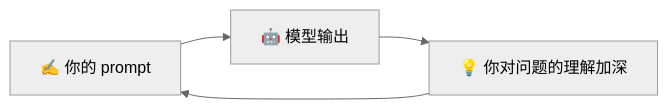
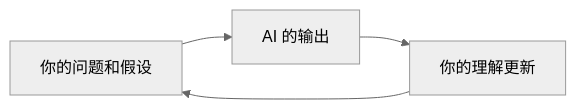
One commit to sulifreely/hannah changed the second of 3 diagrams in src/content/blog/cognitive-surrender.md. Above: the diagram before and after it, drawn with Mermaid (neutral theme). The commit also changed other lines of this file, not shown here.

````diff
--- a/src/content/blog/cognitive-surrender.md
+++ b/src/content/blog/cognitive-surrender.md
@@ -129,6 +217,6 @@
 ```mermaid
 flowchart LR
-    P["✍️ 你的 prompt"] --> O["🤖 模型输出"]
-    O --> U["💡 你对问题的理解加深"]
+    P["你的问题和假设"] --> O["AI 的输出"]
+    O --> U["你的理解更新"]
     U --> P
 ```
````
